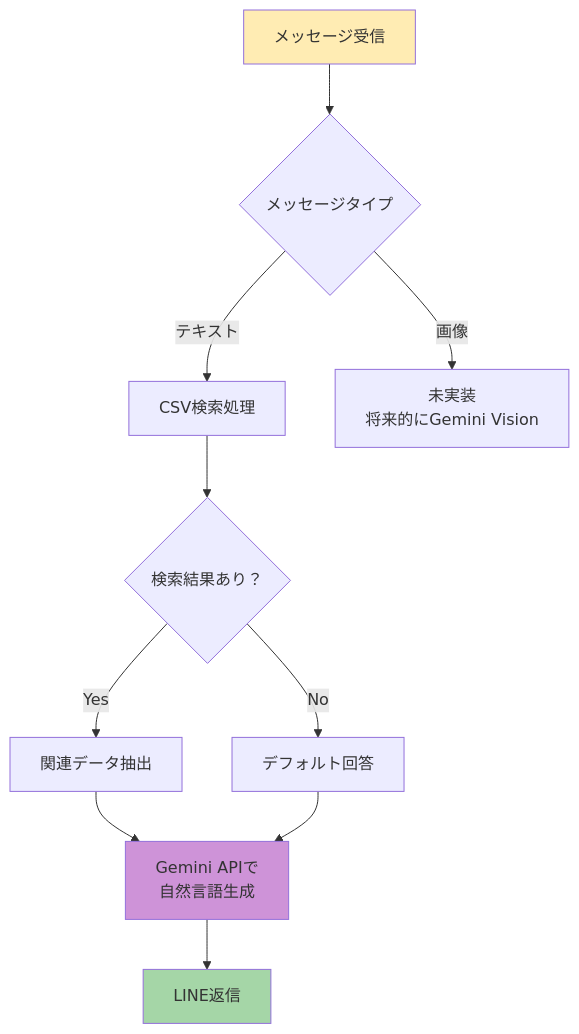
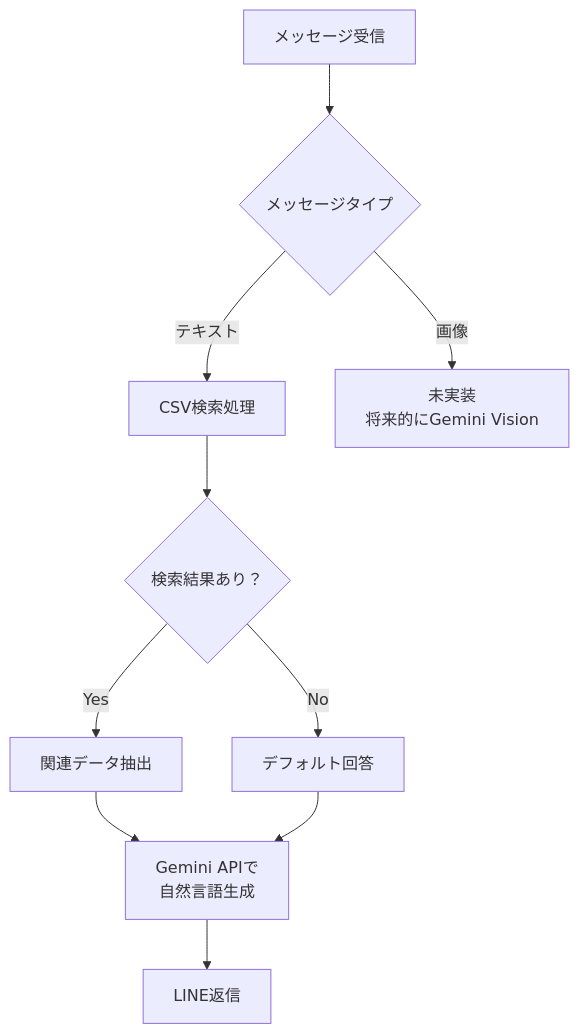
One commit to ramenumaiwhy/knowledge-chat2 changed the fifth of 8 diagrams in app-flow-diagram.md. Above: the diagram before and after it, drawn with Mermaid. The commit also changed other lines of this file and 34 other files, not shown here.

````diff
--- a/app-flow-diagram.md
+++ b/app-flow-diagram.md
@@ -87,18 +74,14 @@
 ```mermaid
 flowchart TD
     A[メッセージ受信] --> B{メッセージタイプ}
     B -->|テキスト| C[CSV検索処理]
     B -->|画像| D[未実装<br/>将来的にGemini Vision]
     
     C --> E{検索結果あり？}
     E -->|Yes| F[関連データ抽出]
     E -->|No| G[デフォルト回答]
     
     F --> H[Gemini APIで<br/>自然言語生成]
     G --> H
     H --> I[LINE返信]
-    
-    style A fill:#ffecb3
-    style H fill:#ce93d8
-    style I fill:#a5d6a7
 ```
````
